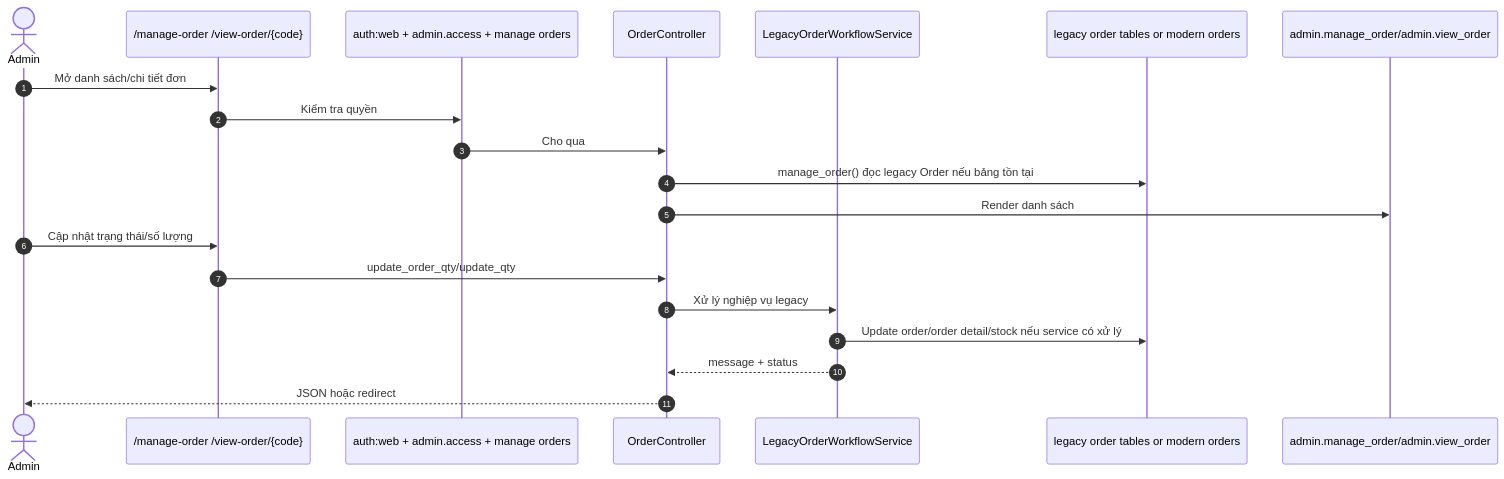
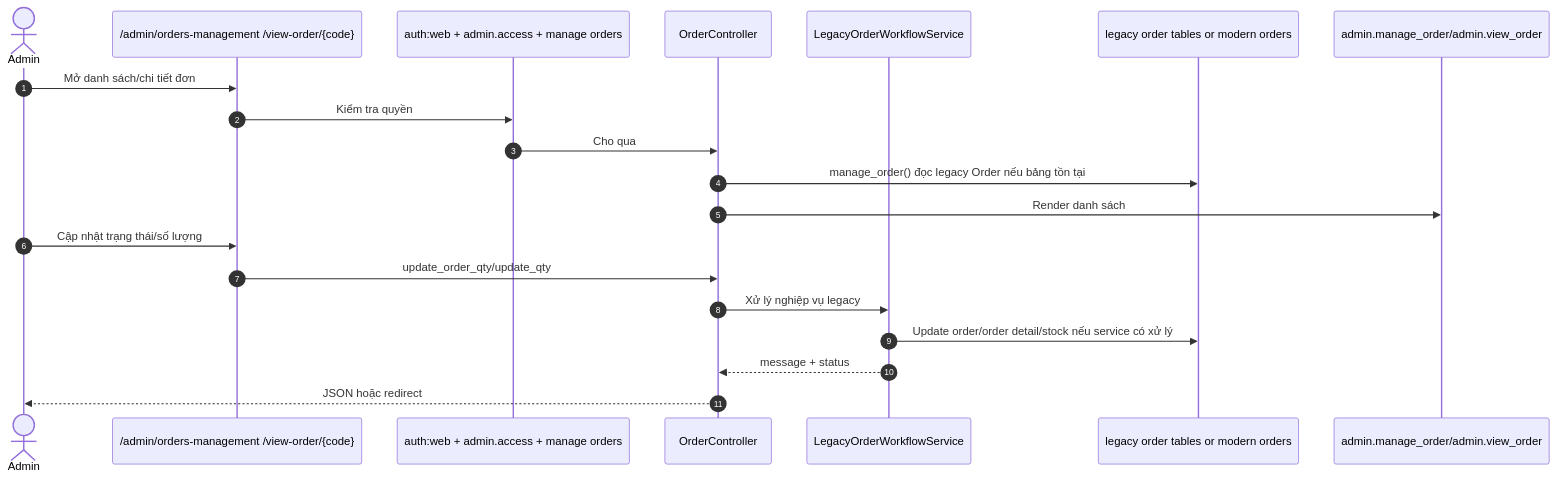
The sixth of 6 diagrams in docs/request-flows.md (DoDangDucCoder/ElectroMart), drawn with Mermaid before and after one commit. The commit also changed other lines of this file and 870 other files, not shown here.

````diff
--- a/docs/request-flows.md
+++ b/docs/request-flows.md
@@ -334,23 +333,23 @@
 ```mermaid
 sequenceDiagram
     autonumber
     actor Admin
-    participant Route as /manage-order /view-order/{code}
+    participant Route as /admin/orders-management /view-order/{code}
     participant Middleware as auth:web + admin.access + manage orders
     participant Controller as OrderController
     participant Workflow as LegacyOrderWorkflowService
     participant DB as legacy order tables or modern orders
     participant View as admin.manage_order/admin.view_order
 
     Admin->>Route: Mở danh sách/chi tiết đơn
     Route->>Middleware: Kiểm tra quyền
     Middleware->>Controller: Cho qua
     Controller->>DB: manage_order() đọc legacy Order nếu bảng tồn tại
     Controller->>View: Render danh sách
     Admin->>Route: Cập nhật trạng thái/số lượng
     Route->>Controller: update_order_qty/update_qty
     Controller->>Workflow: Xử lý nghiệp vụ legacy
     Workflow->>DB: Update order/order detail/stock nếu service có xử lý
     Workflow-->>Controller: message + status
     Controller-->>Admin: JSON hoặc redirect
 ```
````
